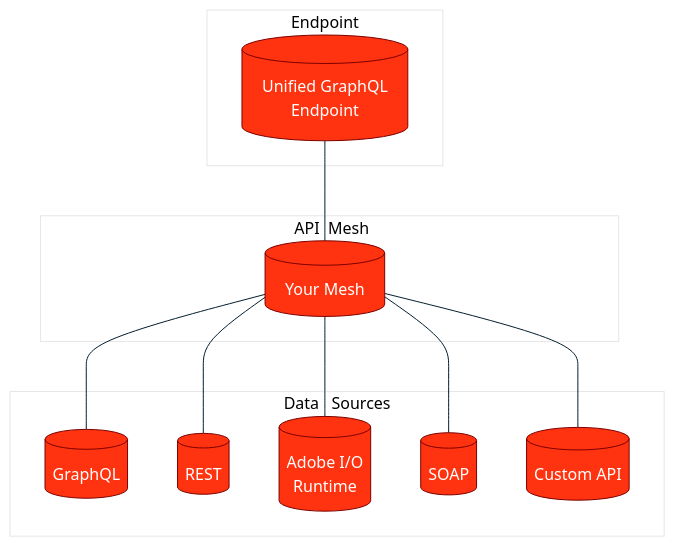
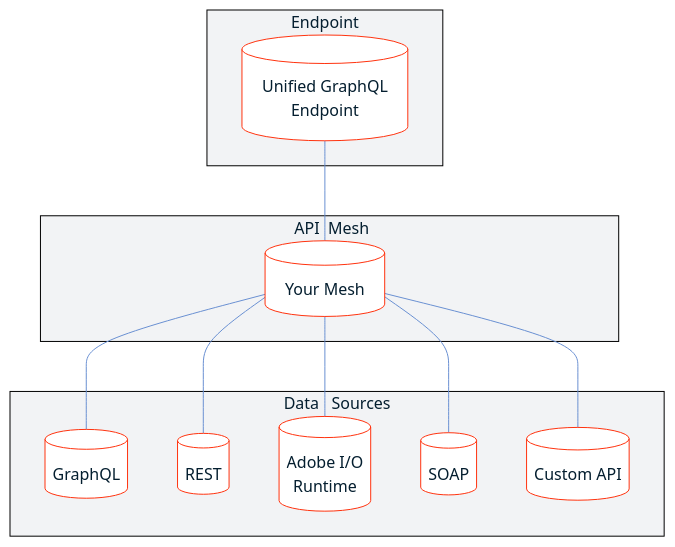
One commit to AdobeDocs/commerce-extensibility changed the diagram in src/pages/_images/api-mesh-diagram.mmd. Above: the diagram before and after it, drawn with Mermaid. The commit also changed 1 other file, not shown here.

Commit message:
more reasonable colors in graphic

```diff
--- a/src/pages/_images/api-mesh-diagram.mmd
+++ b/src/pages/_images/api-mesh-diagram.mmd
@@ -1,34 +1,36 @@
 %%{
   init: {
     'theme': 'base',
     'themeVariables': {
-      'primaryColor': '#FF330F',
-      'primaryTextColor': '#fff',
-      'primaryBorderColor': '#7C0000',
-      'lineColor': '#041E2F',
+      'primaryColor': '#fff',
+      'primaryTextColor': '#041E2F',
+      'tertiaryTextColor': '#fffff',
+      'primaryBorderColor': '#FF330F',
+      'lineColor': '#6A90D2',
       'secondaryColor': '#006100',
-      'tertiaryColor': '#fff'
+      'tertiaryColor': '#F2F3F5',
+      'clusterBorder': '#000'
     }
   }
 }%%
 flowchart TD
     subgraph Endpoint 
     A[(&nbsp&nbsp&nbspUnified GraphQL&nbsp&nbsp&nbsp \n Endpoint)]
     end
     subgraph &nbspAPI&nbsp&nbspMesh
     B[(&nbsp&nbsp&nbspYour Mesh&nbsp&nbsp&nbsp)]
     end
     subgraph Data  &nbsp Sources
     C[(GraphQL)] 
     D[( REST )] 
     E[( Adobe I/O \n Runtime )] 
     F[(SOAP)]
     G[(Custom API)]
     end
 
     A --- B
     B --- C
     B --- D
     B --- E
     B --- F
     B --- G
```
